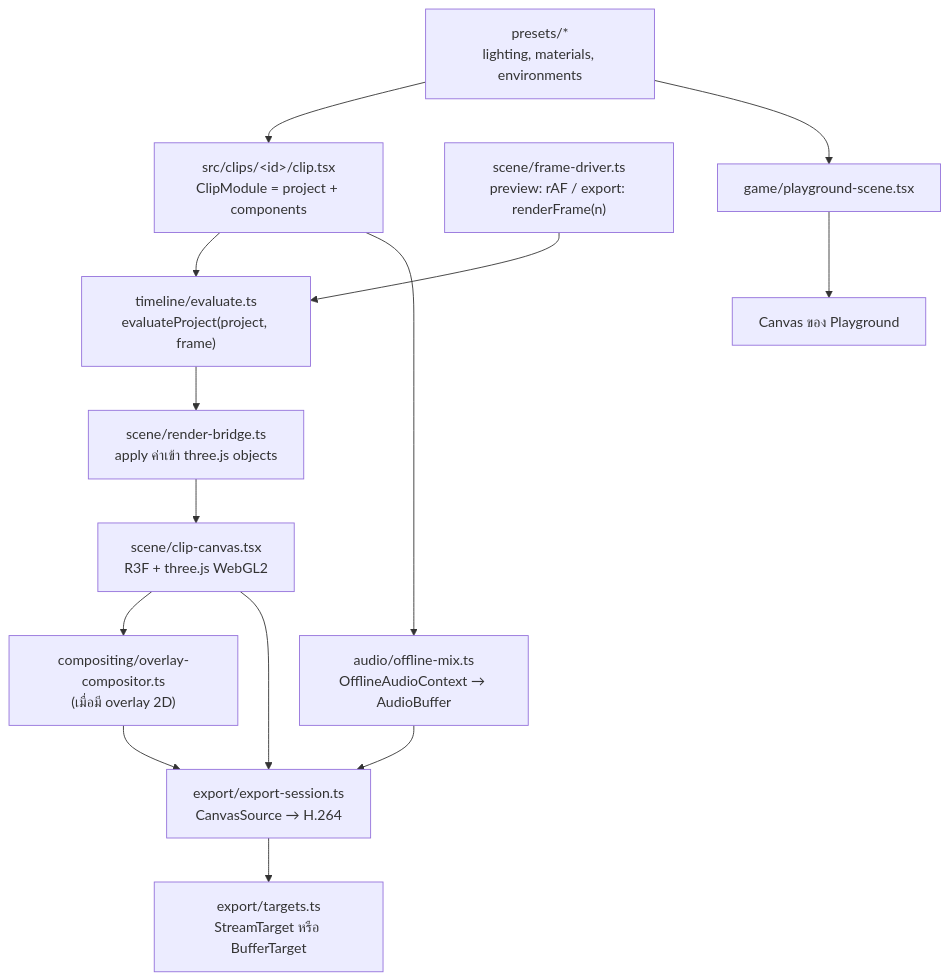
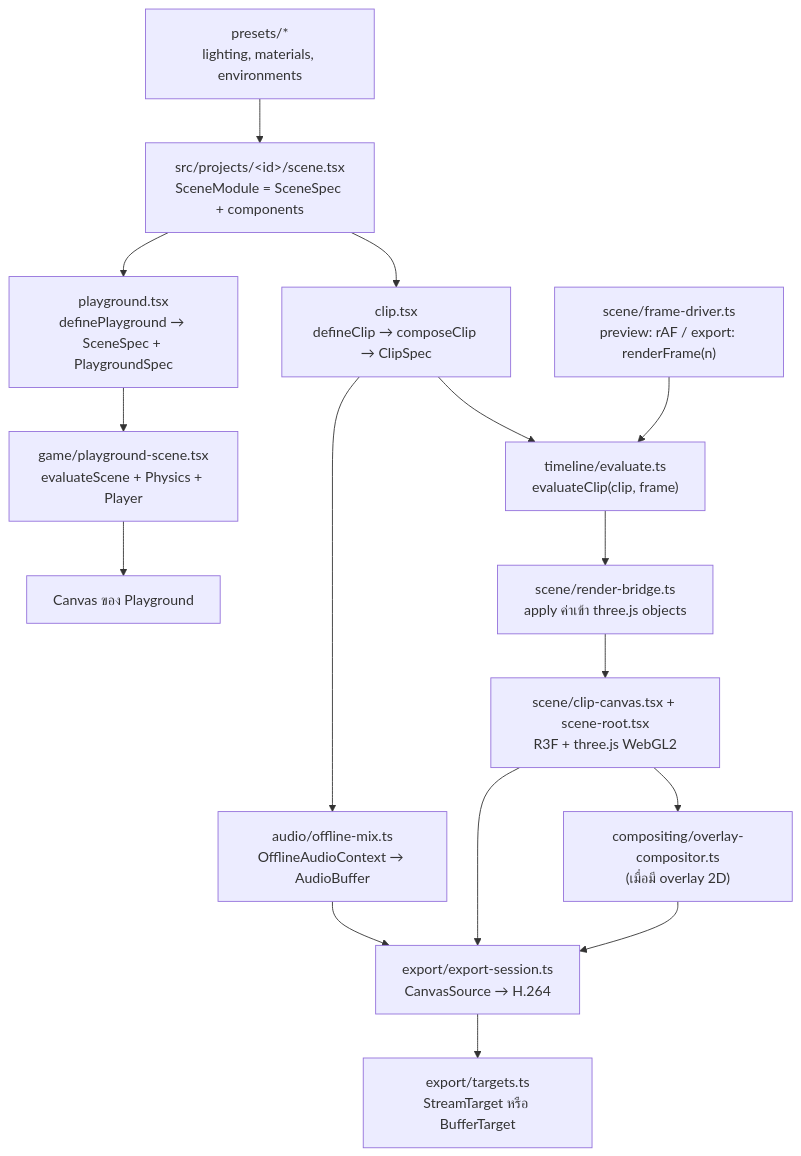
The diagram in docs/architecture.md (SaharatM864/three_3D_studio), drawn with Mermaid before and after one commit. The commit also changed other lines of this file and 77 other files, not shown here.

````diff
--- a/docs/architecture.md
+++ b/docs/architecture.md
@@ -12,16 +22,18 @@
 ```mermaid
 flowchart TD
-    C["src/clips/&lt;id&gt;/clip.tsx<br/>ClipModule = project + components"] --> E["timeline/evaluate.ts<br/>evaluateProject(project, frame)"]
+    S["src/projects/&lt;id&gt;/scene.tsx<br/>SceneModule = SceneSpec + components"] --> C["clip.tsx<br/>defineClip → composeClip → ClipSpec"]
+    S --> PG["playground.tsx<br/>definePlayground → SceneSpec + PlaygroundSpec"]
+    C --> E["timeline/evaluate.ts<br/>evaluateClip(clip, frame)"]
     E --> B["scene/render-bridge.ts<br/>apply ค่าเข้า three.js objects"]
     D["scene/frame-driver.ts<br/>preview: rAF / export: renderFrame(n)"] --> E
-    B --> R["scene/clip-canvas.tsx<br/>R3F + three.js WebGL2"]
+    B --> R["scene/clip-canvas.tsx + scene-root.tsx<br/>R3F + three.js WebGL2"]
     R --> O["compositing/overlay-compositor.ts<br/>(เมื่อมี overlay 2D)"]
     O --> X["export/export-session.ts<br/>CanvasSource → H.264"]
     R --> X
     C --> A["audio/offline-mix.ts<br/>OfflineAudioContext → AudioBuffer"]
     A --> X
     X --> T["export/targets.ts<br/>StreamTarget หรือ BufferTarget"]
-    P["presets/*<br/>lighting, materials, environments"] --> C
-    P --> G["game/playground-scene.tsx"]
+    P["presets/*<br/>lighting, materials, environments"] --> S
+    PG --> G["game/playground-scene.tsx<br/>evaluateScene + Physics + Player"]
     G --> R2["Canvas ของ Playground"]
 ```
````
